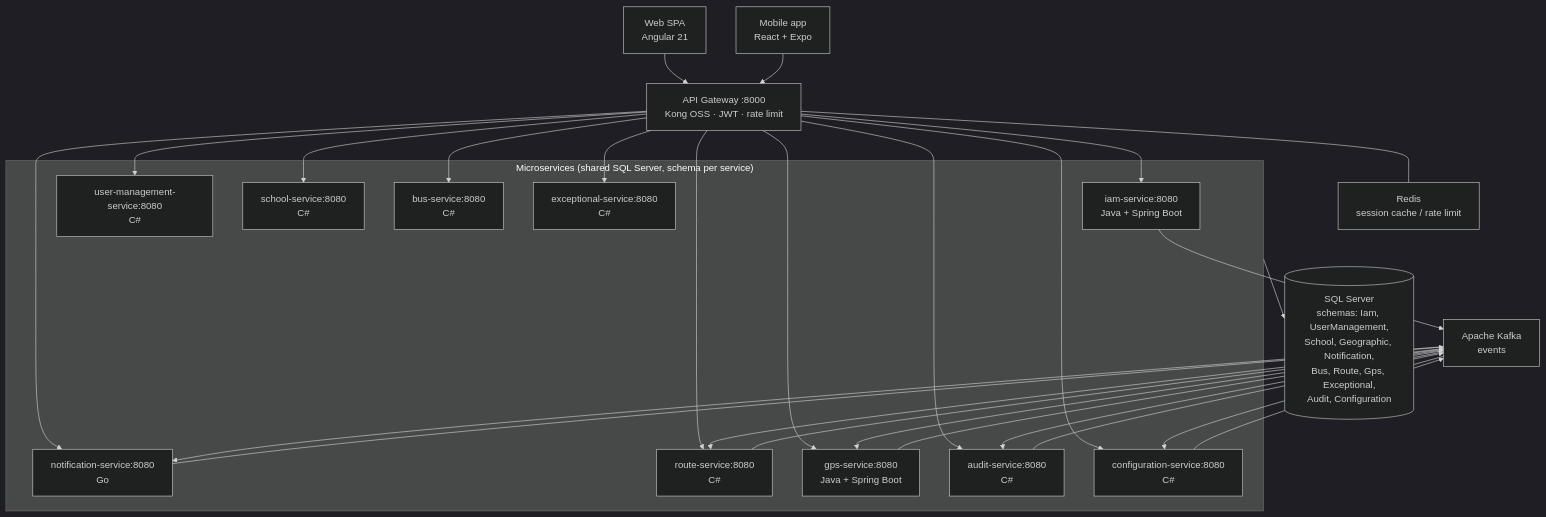
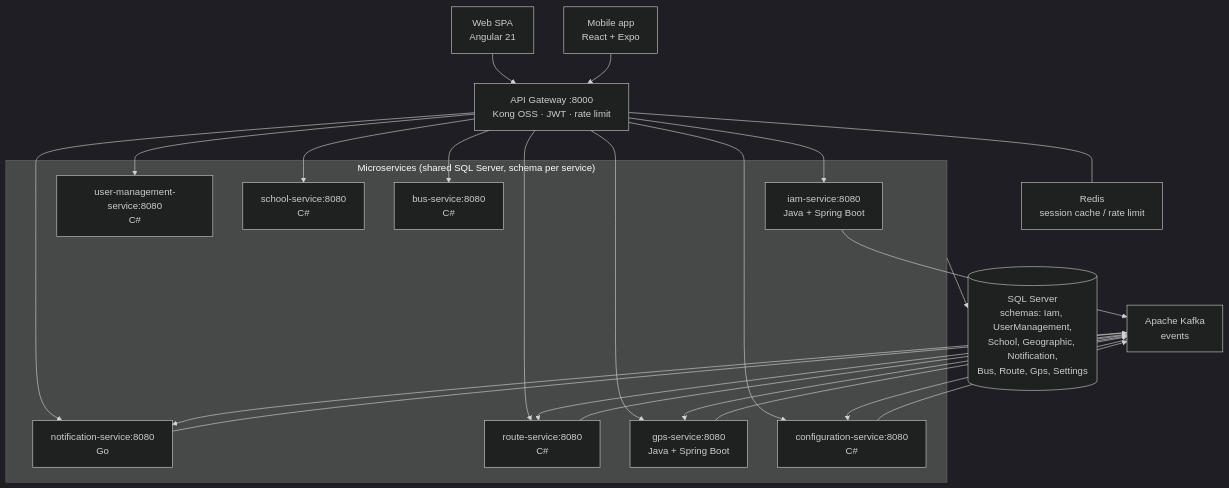
One commit to code-sena/sg-docs changed the second of 2 diagrams in 05-architecture/overview.md. Above: the diagram before and after it, drawn with Mermaid (dark theme). The commit also changed other lines of this file and 31 other files, not shown here.

First line of the commit message:
docs(data): align with backend code, drop audit/exceptional/Course, add SchoolAdmin

````diff
--- a/05-architecture/overview.md
+++ b/05-architecture/overview.md
@@ -72,31 +72,29 @@
 ```mermaid
 flowchart TB
   web["Web SPA<br/>Angular 21"]
   mob["Mobile app<br/>React + Expo"]
   gw["API Gateway :8000<br/>Kong OSS · JWT · rate limit"]
 
   subgraph services["Microservices (shared SQL Server, schema per service)"]
     iam["iam-service:8080<br/>Java + Spring Boot"]
     um["user-management-service:8080<br/>C#"]
     sch["school-service:8080<br/>C#"]
     notif["notification-service:8080<br/>Go"]
     bus["bus-service:8080<br/>C#"]
     rt["route-service:8080<br/>C#"]
     gps["gps-service:8080<br/>Java + Spring Boot"]
-    exc["exceptional-service:8080<br/>C#"]
-    aud["audit-service:8080<br/>C#"]
     cfg["configuration-service:8080<br/>C#"]
   end
 
   kafka["Apache Kafka<br/>events"]
   redis["Redis<br/>session cache / rate limit"]
-  db[("SQL Server<br/>schemas: Iam, UserManagement,<br/>School, Geographic, Notification,<br/>Bus, Route, Gps, Exceptional,<br/>Audit, Configuration")]
+  db[("SQL Server<br/>schemas: Iam, UserManagement,<br/>School, Geographic, Notification,<br/>Bus, Route, Gps, Settings")]
 
   web --> gw
   mob --> gw
-  gw --> iam & um & sch & notif & bus & rt & gps & exc & aud & cfg
+  gw --> iam & um & sch & notif & bus & rt & gps & cfg
   gw --- redis
-  iam & notif & rt & gps & aud & cfg --> kafka
-  kafka --> notif & aud & cfg & rt & gps
+  iam & notif & rt & gps & cfg --> kafka
+  kafka --> notif & cfg & rt & gps
   services --> db
 ```
````
